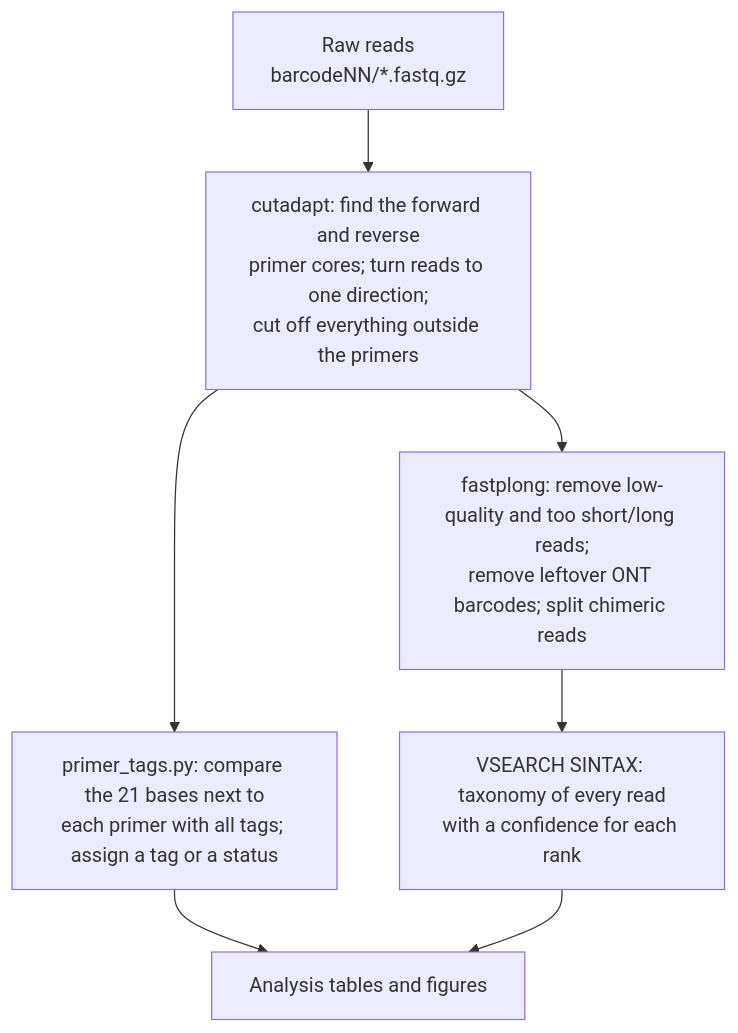
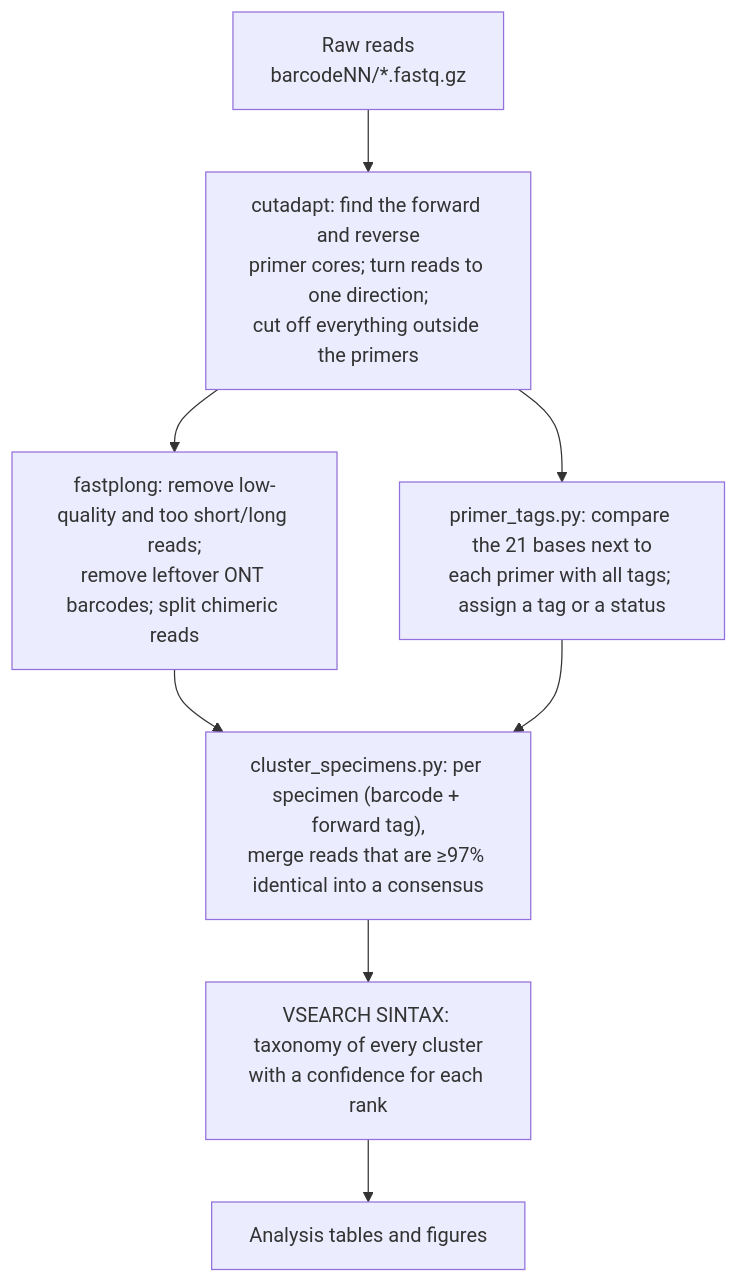
The diagram in docs/read_processing.md (mftorres/metabarcoding), drawn with Mermaid before and after one commit. The commit also changed other lines of this file and 31 other files, not shown here.

````diff
--- a/docs/read_processing.md
+++ b/docs/read_processing.md
@@ -58,9 +65,10 @@
 ```mermaid
 flowchart TD
   R["Raw reads<br>barcodeNN/*.fastq.gz"] --> C["cutadapt: find the forward and reverse<br>primer cores; turn reads to one direction;<br>cut off everything outside the primers"]
   C --> T["primer_tags.py: compare the 21 bases next to<br>each primer with all tags; assign a tag or a status"]
   C --> F["fastplong: remove low-quality and too short/long reads;<br>remove leftover ONT barcodes; split chimeric reads"]
-  F --> S["VSEARCH SINTAX: taxonomy of every read<br>with a confidence for each rank"]
-  T --> A["Analysis tables and figures"]
-  S --> A
+  F --> K["cluster_specimens.py: per specimen (barcode + forward tag),<br>merge reads that are ≥97% identical into a consensus"]
+  T --> K
+  K --> S["VSEARCH SINTAX: taxonomy of every cluster<br>with a confidence for each rank"]
+  S --> A["Analysis tables and figures"]
 ```
````
